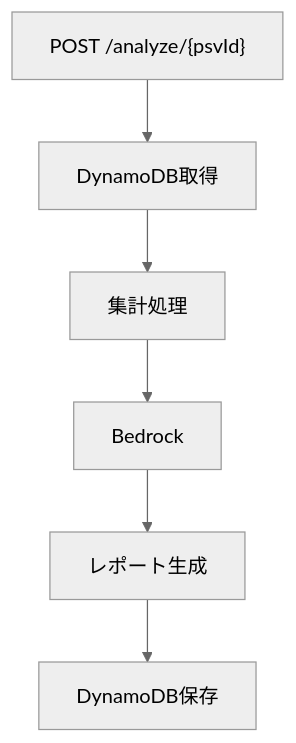
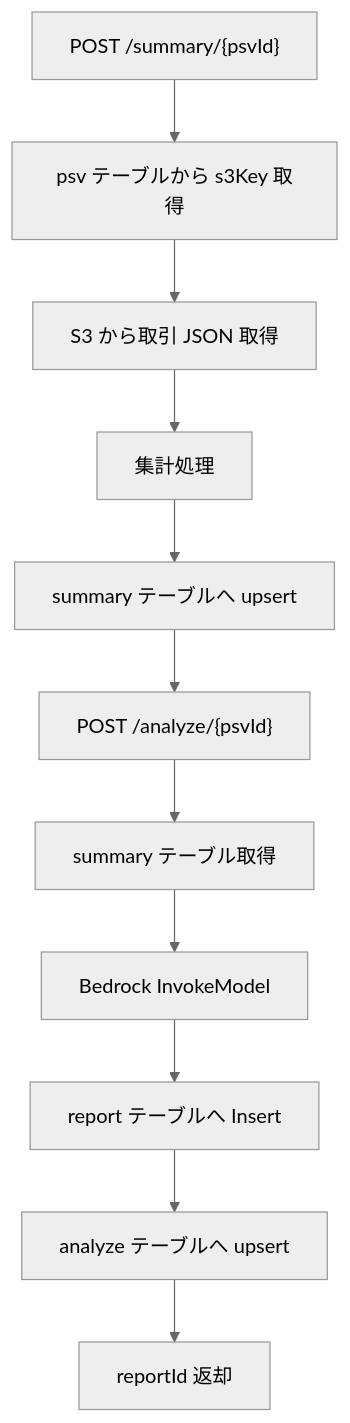
The third of 4 diagrams in 詳細設計書.md (yonegen0/kakeibo_app), drawn with Mermaid (neutral theme) before and after one commit. The commit also changed other lines of this file and 14 other files, not shown here.

````diff
--- a/詳細設計書.md
+++ b/詳細設計書.md
@@ -79,8 +84,14 @@
 ```mermaid
 graph TD
-    A["POST /analyze/{psvId}"] --> B[DynamoDB取得]
-    B --> C[集計処理]
-    C --> D[Bedrock]
-    D --> E[レポート生成]
-    E --> F[DynamoDB保存]
+    A["POST /summary/{psvId}"] --> B[psv テーブルから s3Key 取得]
+    B --> C[S3 から取引 JSON 取得]
+    C --> D[集計処理]
+    D --> E[summary テーブルへ upsert]
+
+    E --> F["POST /analyze/{psvId}"]
+    F --> G[summary テーブル取得]
+    G --> H[Bedrock InvokeModel]
+    H --> I[report テーブルへ Insert]
+    I --> J[analyze テーブルへ upsert]
+    J --> K[reportId 返却]
 ```
````
